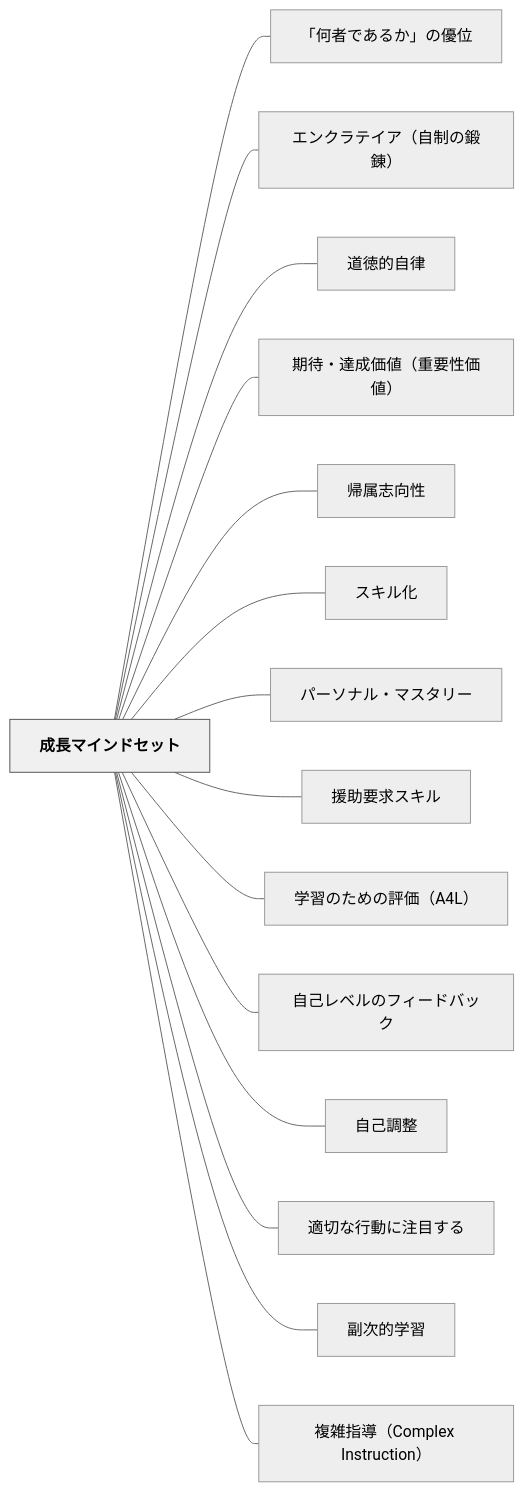
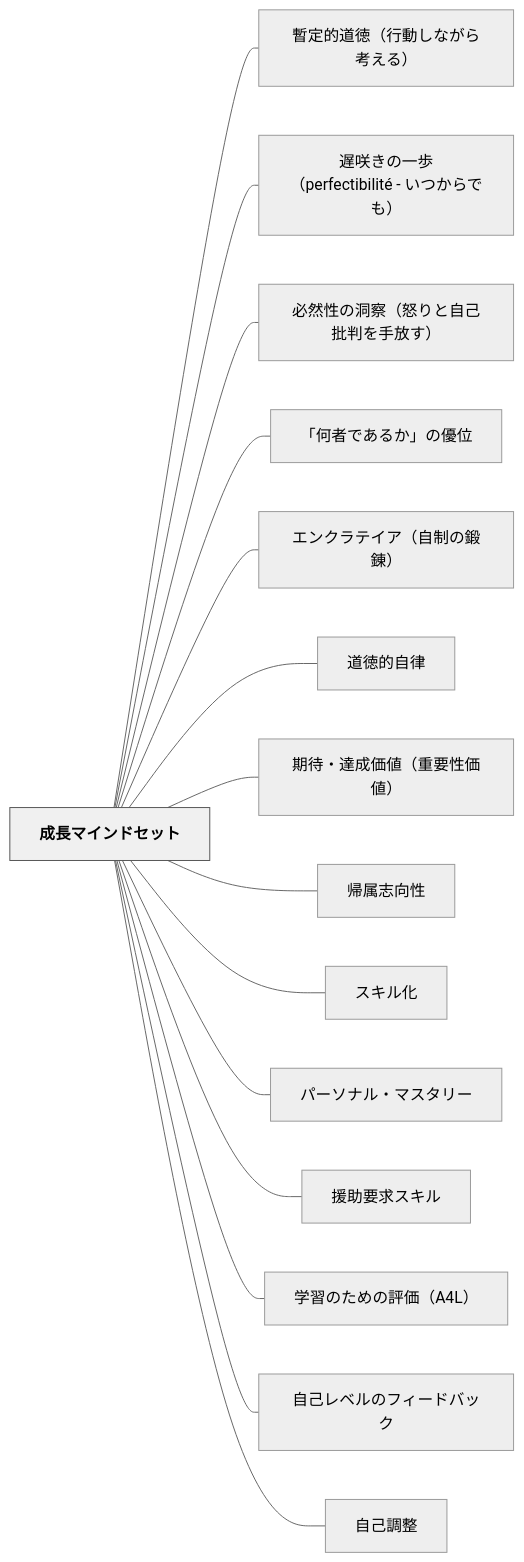
The diagram in content/パタン/成長マインドセット.md (unknownthings-ed-patterns/unknownthings-ed-patterns), drawn with Mermaid (neutral theme) before and after one commit. The commit also changed other lines of this file and 185 other files, not shown here.

````diff
--- a/content/パタン/成長マインドセット.md
+++ b/content/パタン/成長マインドセット.md
@@ -126,36 +129,36 @@
 ```mermaid
 flowchart LR
     ne68890e995b7e3839ee382a4e383b3e38389e382bbe38383e38388["成長マインドセット"]
+    ne69aabe5ae9ae79a84e98193e5beb3efbc88e8a18ce58b95e38197e381aae3818ce38289e88083e38188e3828befbc89["暫定的道徳（行動しながら考える）"]
+    ne98185e592b2e3818de381aee4b880e6ada9efbc88706572666563746962696c6974c3a9202d20e38184e381a4e3818be38289e381a7e38282efbc89["遅咲きの一歩（perfectibilité - いつからでも）"]
+    ne5bf85e784b6e680a7e381aee6b49ee5af9fefbc88e68092e3828ae381a8e887aae5b7b1e689b9e588a4e38292e6898be694bee38199efbc89["必然性の洞察（怒りと自己批判を手放す）"]
     ne3808ce4bd95e88085e381a7e38182e3828be3818be3808de381aee584aae4bd8d["「何者であるか」の優位"]
     ne382a8e383b3e382afe383a9e38386e382a4e382a2efbc88e887aae588b6e381aee98d9be98cacefbc89["エンクラテイア（自制の鍛錬）"]
     ne98193e5beb3e79a84e887aae5be8b["道徳的自律"]
     ne69c9fe5be85e383bbe98194e68890e4bea1e580a4efbc88e9878de8a681e680a7e4bea1e580a4efbc89["期待・達成価値（重要性価値）"]
     ne5b8b0e5b19ee5bf97e59091e680a7["帰属志向性"]
     ne382b9e382ade383abe58c96["スキル化"]
     ne38391e383bce382bde3838ae383abe383bbe3839ee382b9e382bfe383aae383bc["パーソナル・マスタリー"]
     ne68fb4e58aa9e8a681e6b182e382b9e382ade383ab["援助要求スキル"]
     ne5ada6e7bf92e381aee3819fe38281e381aee8a995e4bea1efbc8841344cefbc89["学習のための評価（A4L）"]
     ne887aae5b7b1e383ace38399e383abe381aee38395e382a3e383bce38389e38390e38383e382af["自己レベルのフィードバック"]
     ne887aae5b7b1e8aabfe695b4["自己調整"]
-    ne981a9e58887e381aae8a18ce58b95e381abe6b3a8e79baee38199e3828b["適切な行動に注目する"]
-    ne589afe6aca1e79a84e5ada6e7bf92["副次的学習"]
-    ne8a487e99b91e68c87e5b08eefbc88436f6d706c657820496e737472756374696f6eefbc89["複雑指導（Complex Instruction）"]
 
+    ne68890e995b7e3839ee382a4e383b3e38389e382bbe38383e38388 --- ne69aabe5ae9ae79a84e98193e5beb3efbc88e8a18ce58b95e38197e381aae3818ce38289e88083e38188e3828befbc89
+    ne68890e995b7e3839ee382a4e383b3e38389e382bbe38383e38388 --- ne98185e592b2e3818de381aee4b880e6ada9efbc88706572666563746962696c6974c3a9202d20e38184e381a4e3818be38289e381a7e38282efbc89
+    ne68890e995b7e3839ee382a4e383b3e38389e382bbe38383e38388 --- ne5bf85e784b6e680a7e381aee6b49ee5af9fefbc88e68092e3828ae381a8e887aae5b7b1e689b9e588a4e38292e6898be694bee38199efbc89
     ne68890e995b7e3839ee382a4e383b3e38389e382bbe38383e38388 --- ne3808ce4bd95e88085e381a7e38182e3828be3818be3808de381aee584aae4bd8d
     ne68890e995b7e3839ee382a4e383b3e38389e382bbe38383e38388 --- ne382a8e383b3e382afe383a9e38386e382a4e382a2efbc88e887aae588b6e381aee98d9be98cacefbc89
     ne68890e995b7e3839ee382a4e383b3e38389e382bbe38383e38388 --- ne98193e5beb3e79a84e887aae5be8b
     ne68890e995b7e3839ee382a4e383b3e38389e382bbe38383e38388 --- ne69c9fe5be85e383bbe98194e68890e4bea1e580a4efbc88e9878de8a681e680a7e4bea1e580a4efbc89
     ne68890e995b7e3839ee382a4e383b3e38389e382bbe38383e38388 --- ne5b8b0e5b19ee5bf97e59091e680a7
     ne68890e995b7e3839ee382a4e383b3e38389e382bbe38383e38388 --- ne382b9e382ade383abe58c96
     ne68890e995b7e3839ee382a4e383b3e38389e382bbe38383e38388 --- ne38391e383bce382bde3838ae383abe383bbe3839ee382b9e382bfe383aae383bc
     ne68890e995b7e3839ee382a4e383b3e38389e382bbe38383e38388 --- ne68fb4e58aa9e8a681e6b182e382b9e382ade383ab
     ne68890e995b7e3839ee382a4e383b3e38389e382bbe38383e38388 --- ne5ada6e7bf92e381aee3819fe38281e381aee8a995e4bea1efbc8841344cefbc89
     ne68890e995b7e3839ee382a4e383b3e38389e382bbe38383e38388 --- ne887aae5b7b1e383ace38399e383abe381aee38395e382a3e383bce38389e38390e38383e382af
     ne68890e995b7e3839ee382a4e383b3e38389e382bbe38383e38388 --- ne887aae5b7b1e8aabfe695b4
-    ne68890e995b7e3839ee382a4e383b3e38389e382bbe38383e38388 --- ne981a9e58887e381aae8a18ce58b95e381abe6b3a8e79baee38199e3828b
-    ne68890e995b7e3839ee382a4e383b3e38389e382bbe38383e38388 --- ne589afe6aca1e79a84e5ada6e7bf92
-    ne68890e995b7e3839ee382a4e383b3e38389e382bbe38383e38388 --- ne8a487e99b91e68c87e5b08eefbc88436f6d706c657820496e737472756374696f6eefbc89
 
     classDef hub fill:#f0f0f0,stroke:#555,color:#000,font-weight:bold
     class ne68890e995b7e3839ee382a4e383b3e38389e382bbe38383e38388 hub
 ```
````
